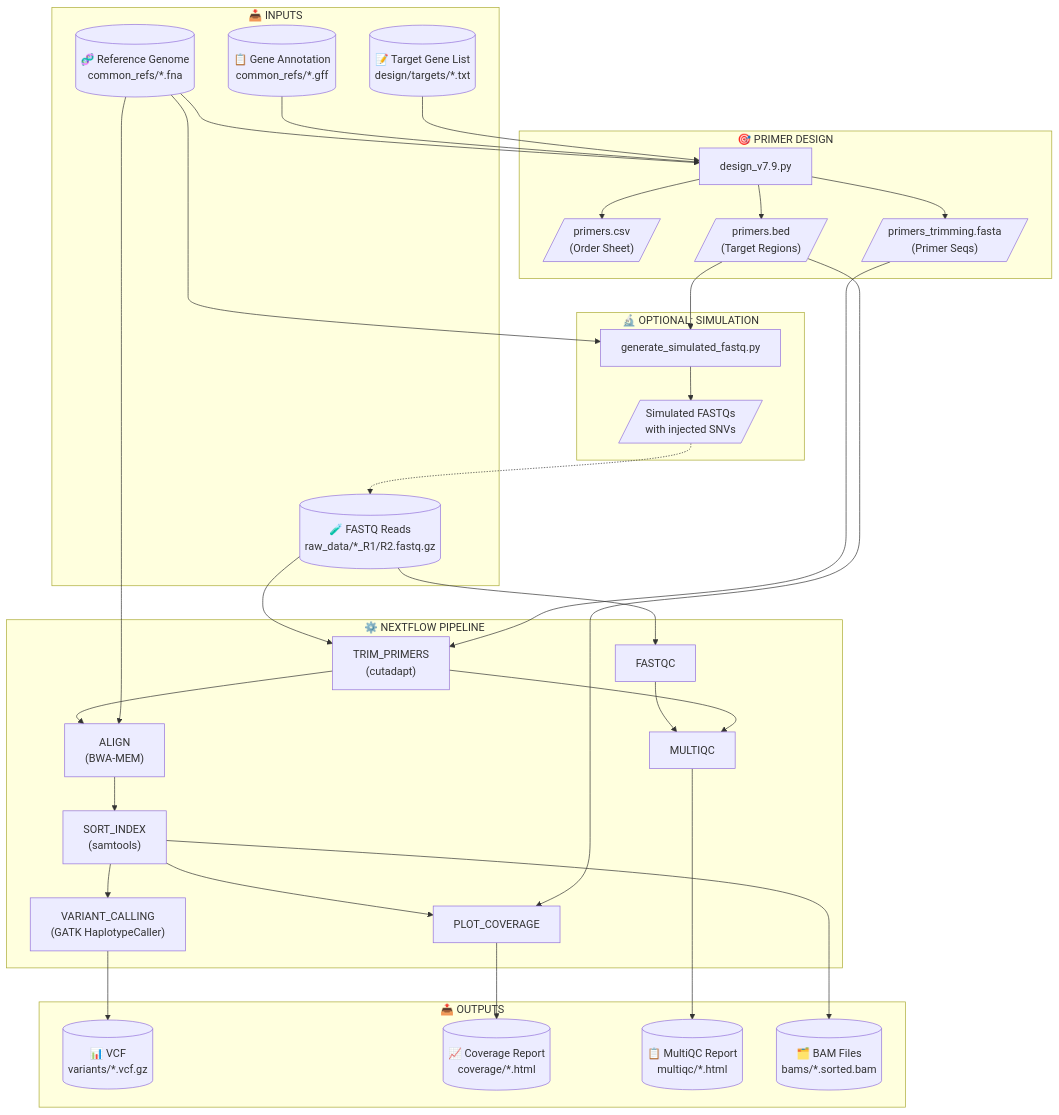
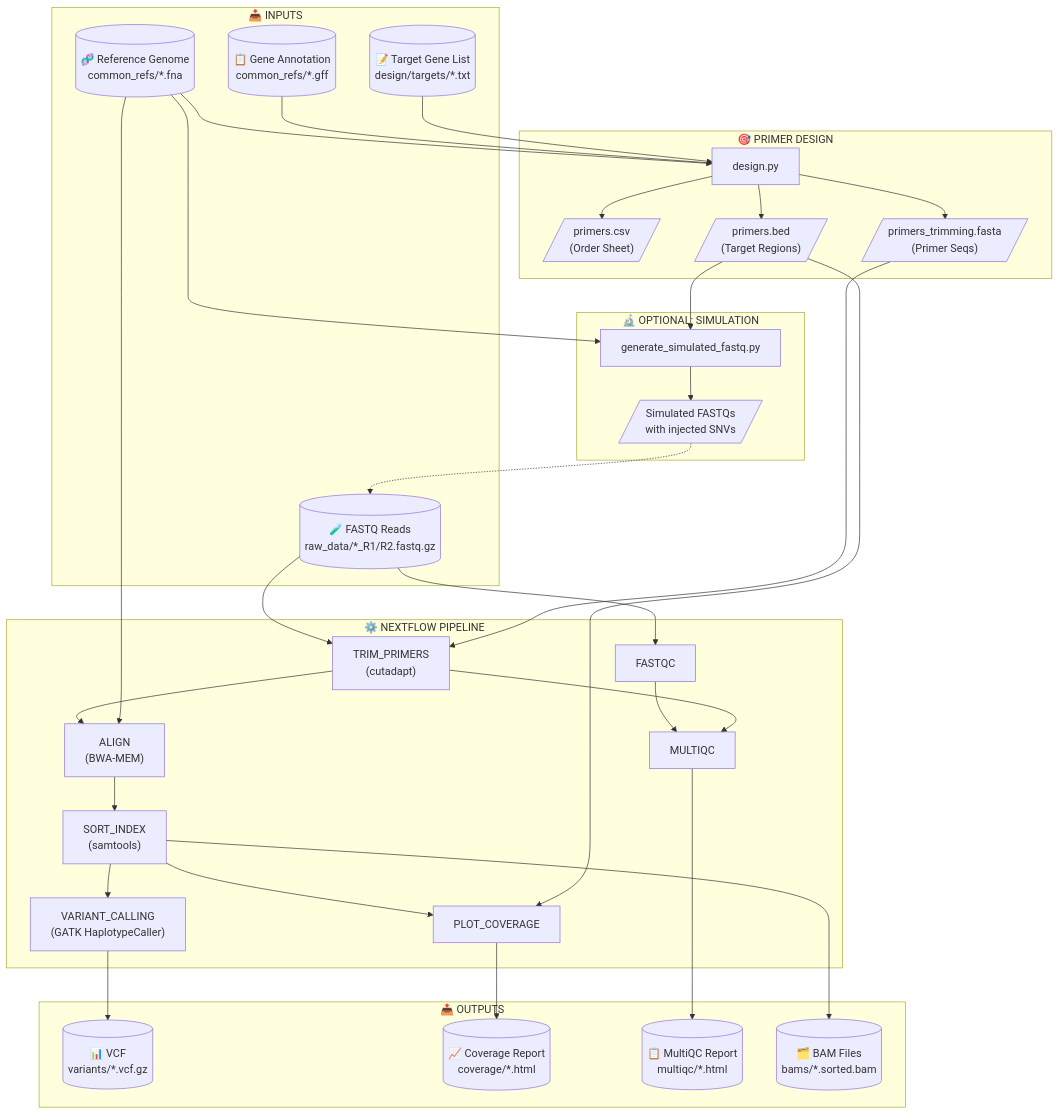
One commit to AHumanBrain/my_amplicon_project changed the diagram in README.md. Above: the diagram before and after it, drawn with Mermaid. The commit also changed other lines of this file and 2 other files, not shown here.

Commit message:
Implement v8.0 Feedback Loop, rename design script, and update documentation

````diff
--- a/README.md
+++ b/README.md
@@ -62,65 +62,65 @@
 ```mermaid
 flowchart TD
     subgraph INPUTS["📥 INPUTS"]
         A1[("🧬 Reference Genome<br/>common_refs/*.fna")]
         A2[("📋 Gene Annotation<br/>common_refs/*.gff")]
         A3[("📝 Target Gene List<br/>design/targets/*.txt")]
         A4[("🧪 FASTQ Reads<br/>raw_data/*_R1/R2.fastq.gz")]
     end
 
     subgraph DESIGN["🎯 PRIMER DESIGN"]
-        B1["design_v7.9.py"]
+        B1["design.py"]
         B2[/"primers.csv<br/>(Order Sheet)"/]
         B3[/"primers.bed<br/>(Target Regions)"/]
         B4[/"primers_trimming.fasta<br/>(Primer Seqs)"/]
     end
 
     subgraph SIMULATION["🔬 OPTIONAL: SIMULATION"]
         C1["generate_simulated_fastq.py"]
         C2[/"Simulated FASTQs<br/>with injected SNVs"/]
     end
 
     subgraph ANALYSIS["⚙️ NEXTFLOW PIPELINE"]
         D1["FASTQC"]
         D2["TRIM_PRIMERS<br/>(cutadapt)"]
         D3["ALIGN<br/>(BWA-MEM)"]
         D4["SORT_INDEX<br/>(samtools)"]
         D5["VARIANT_CALLING<br/>(GATK HaplotypeCaller)"]
         D6["PLOT_COVERAGE"]
         D7["MULTIQC"]
     end
 
     subgraph OUTPUTS["📤 OUTPUTS"]
         E1[("📊 VCF<br/>variants/*.vcf.gz")]
         E2[("📈 Coverage Report<br/>coverage/*.html")]
         E3[("📋 MultiQC Report<br/>multiqc/*.html")]
         E4[("🗂️ BAM Files<br/>bams/*.sorted.bam")]
     end
 
     %% Design Flow
     A1 --> B1
     A2 --> B1
     A3 --> B1
     B1 --> B2 & B3 & B4
 
     %% Simulation Flow
     A1 --> C1
     B3 --> C1
     C1 --> C2
     C2 -.-> A4
 
     %% Analysis Flow
     A4 --> D1
     A4 --> D2
     B4 --> D2
     D2 --> D3
     A1 --> D3
     D3 --> D4
     D4 --> D5 & D6
     B3 --> D6
     D1 & D2 --> D7
     D5 --> E1
     D6 --> E2
     D7 --> E3
     D4 --> E4
 ```
````
